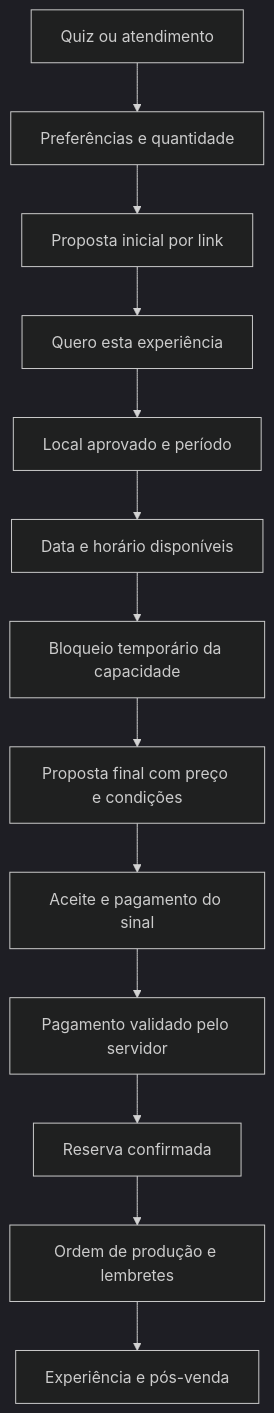
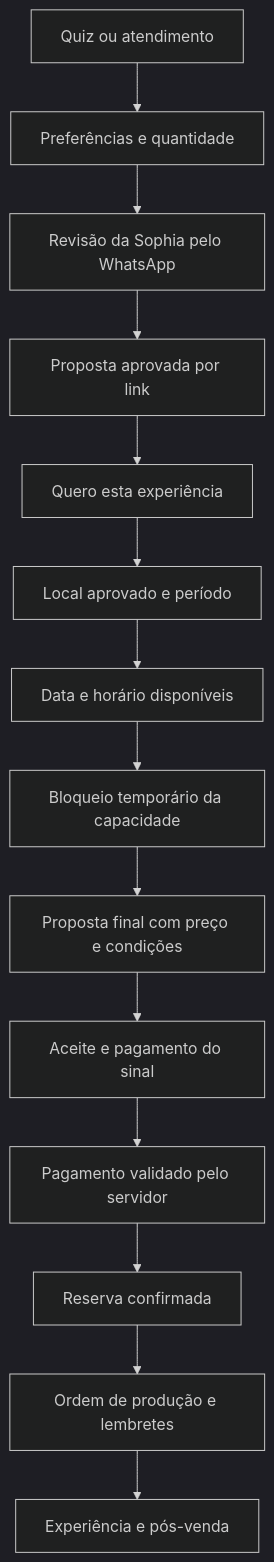
Before and after one commit to ghcastellano/descomplica-guaruja: the first of 3 diagrams in docs/plano-arquitetura-operacao-2026-09.md, drawn with Mermaid (dark theme). The commit also changed other lines of this file and 3 other files, not shown here.

Commit message:
Ajusta apresentação móvel e planeja revisão de propostas pelo WhatsApp

````diff
--- a/docs/plano-arquitetura-operacao-2026-09.md
+++ b/docs/plano-arquitetura-operacao-2026-09.md
@@ -47,15 +47,16 @@
 ```mermaid
 flowchart TD
  A[Quiz ou atendimento] --> B[Preferências e quantidade]
- B --> C[Proposta inicial por link]
+ B --> R[Revisão da Sophia pelo WhatsApp]
+ R --> C[Proposta aprovada por link]
  C --> D[Quero esta experiência]
  D --> E[Local aprovado e período]
  E --> F[Data e horário disponíveis]
  F --> G[Bloqueio temporário da capacidade]
  G --> H[Proposta final com preço e condições]
  H --> I[Aceite e pagamento do sinal]
  I --> J[Pagamento validado pelo servidor]
  J --> K[Reserva confirmada]
  K --> L[Ordem de produção e lembretes]
  L --> M[Experiência e pós-venda]
 ```
````
